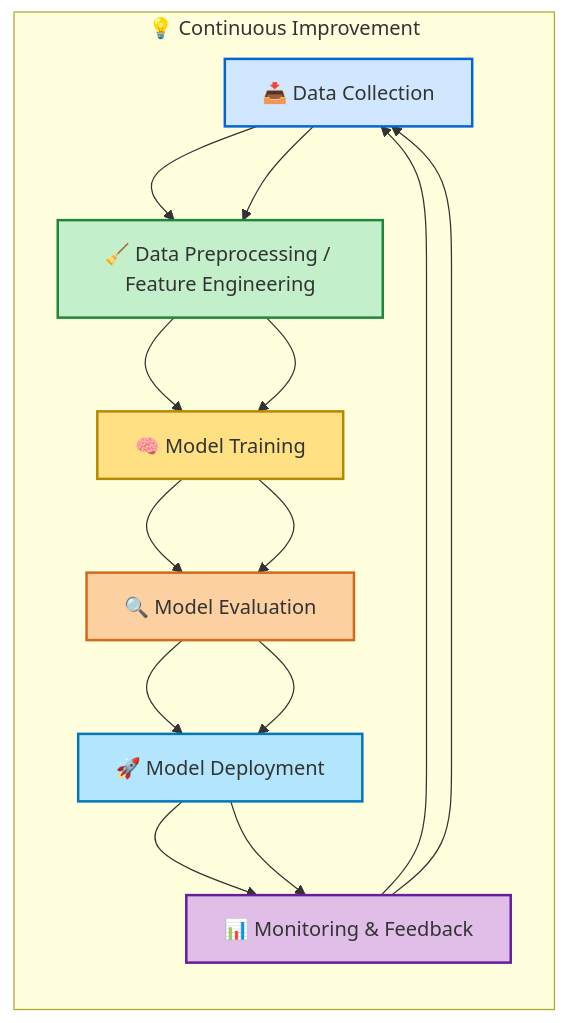
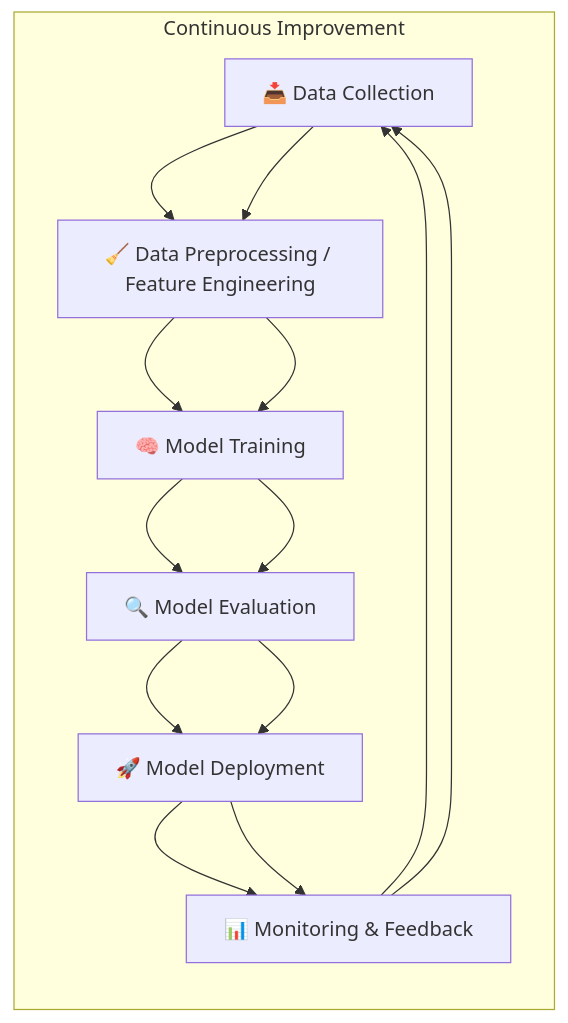
One commit to akashdip2001/MLOps changed the first of 5 diagrams in diagrams.md. Above: the diagram before and after it, drawn with Mermaid. The commit also changed other lines of this file, not shown here.

First line of the commit message:
Revise MLOps diagrams and explanations

````diff
--- a/diagrams.md
+++ b/diagrams.md
@@ -3,20 +3,13 @@
 ```mermaid
 flowchart LR
     A[📥 Data Collection] --> B[🧹 Data Preprocessing / Feature Engineering]
     B --> C[🧠 Model Training]
     C --> D[🔍 Model Evaluation]
     D --> E[🚀 Model Deployment]
     E --> F[📊 Monitoring & Feedback]
     F --> A
 
-    subgraph "💡 Continuous Improvement"
+    subgraph "Continuous Improvement"
     A --> B --> C --> D --> E --> F --> A
     end
-
-    style A fill:#d1e7ff,stroke:#0366d6,stroke-width:2px
-    style B fill:#c3f0ca,stroke:#22863a,stroke-width:2px
-    style C fill:#ffe082,stroke:#b58900,stroke-width:2px
-    style D fill:#fdd0a2,stroke:#d2691e,stroke-width:2px
-    style E fill:#b3e5fc,stroke:#0277bd,stroke-width:2px
-    style F fill:#e1bee7,stroke:#6a1b9a,stroke-width:2px
 ```
````
